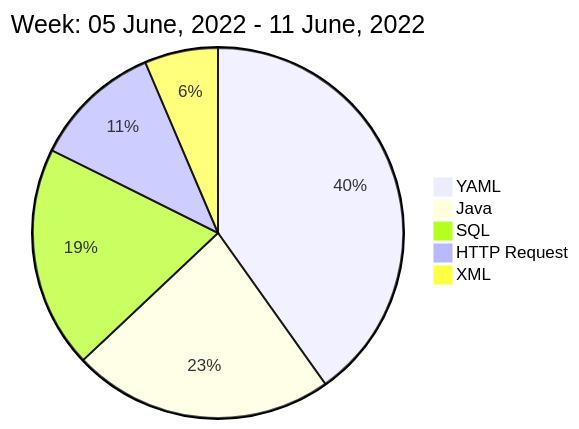
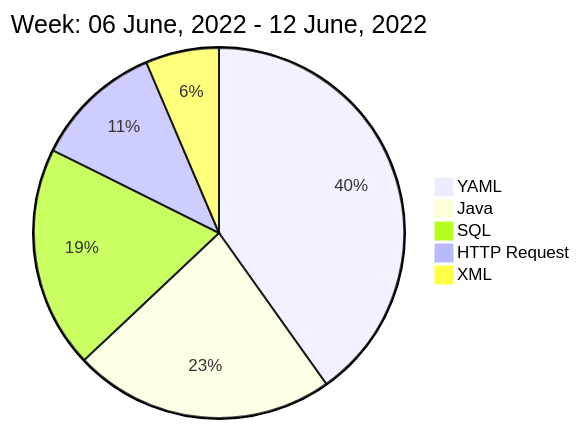
Before and after one commit to liubin95/liubin95: the diagram in README.md, drawn with Mermaid.

Commit message:
Updated the Graph with new Metrics

````diff
--- a/README.md
+++ b/README.md
@@ -40,9 +40,9 @@
 ```mermaid
  pie
-title Week: 05 June, 2022 - 11 June, 2022
+title Week: 06 June, 2022 - 12 June, 2022
  "YAML" : 8.33
  "Java" : 4.73
  "SQL" : 4.02
  "HTTP Request" : 2.33
  "XML" : 1.33
 ```
````
